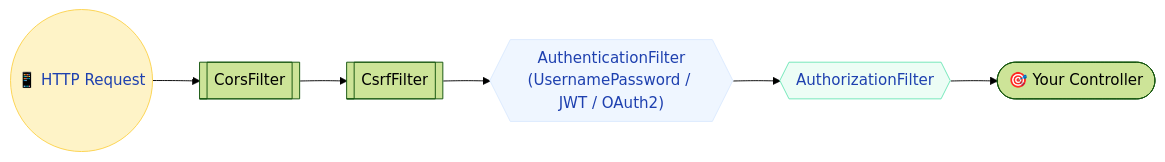
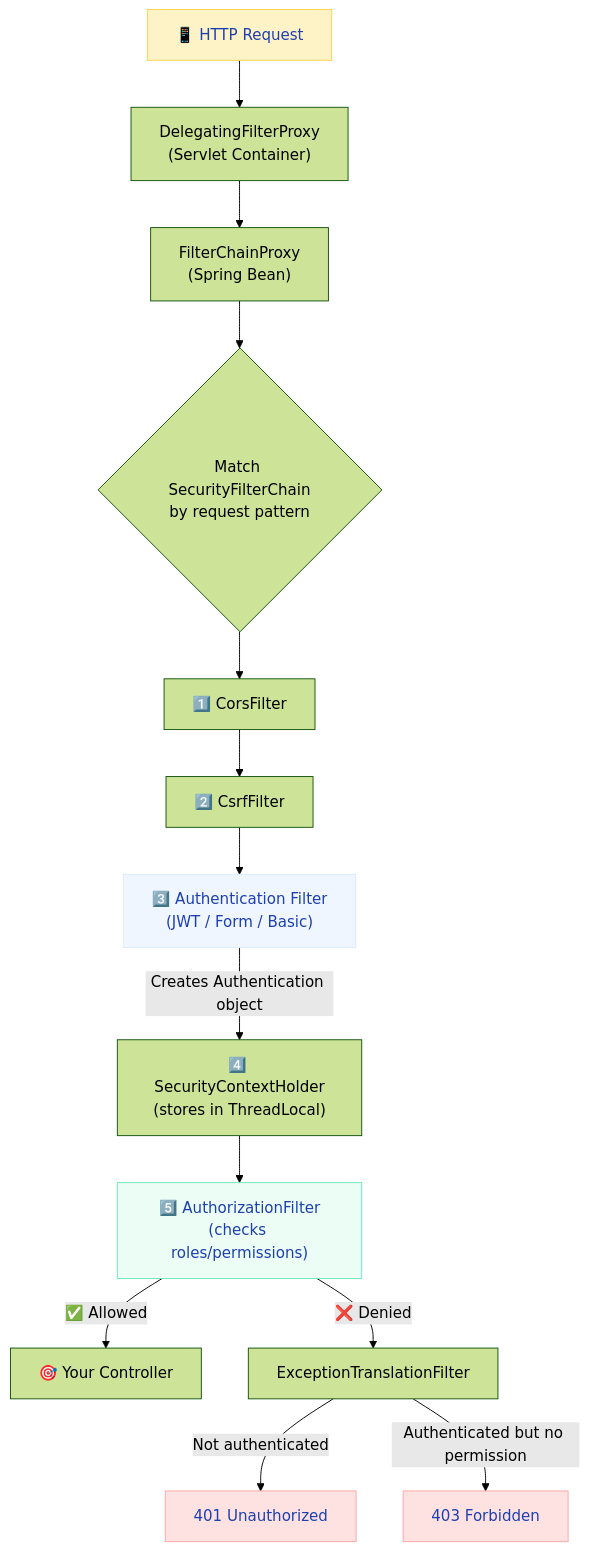
Before and after one commit to saivamsikaruturi/vamsilabs-dev-notes-main: the second of 4 diagrams in docs/springboot/security.md, drawn with Mermaid (forest theme). The commit also changed other lines of this file and 21 other files, not shown here.

````diff
--- a/docs/springboot/security.md
+++ b/docs/springboot/security.md
@@ -50,13 +220,21 @@
 ```mermaid
-flowchart LR
-    Req(("📱 HTTP Request"))
-    Req --> F1[["CorsFilter"]]
-    F1 --> F2[["CsrfFilter"]]
-    F2 --> F3{{"AuthenticationFilter<br/>(UsernamePassword / JWT / OAuth2)"}}
-    F3 --> F4{{"AuthorizationFilter"}}
-    F4 --> C(["🎯 Your Controller"])
+flowchart TD
+    REQ["📱 HTTP Request"] --> DFP["DelegatingFilterProxy<br/>(Servlet Container)"]
+    DFP --> FCP["FilterChainProxy<br/>(Spring Bean)"]
+    FCP --> MATCH{"Match SecurityFilterChain<br/>by request pattern"}
+    MATCH --> CORS["1️⃣ CorsFilter"]
+    CORS --> CSRF["2️⃣ CsrfFilter"]
+    CSRF --> AUTH["3️⃣ Authentication Filter<br/>(JWT / Form / Basic)"]
+    AUTH -->|"Creates Authentication object"| CTX["4️⃣ SecurityContextHolder<br/>(stores in ThreadLocal)"]
+    CTX --> AUTHZ["5️⃣ AuthorizationFilter<br/>(checks roles/permissions)"]
+    AUTHZ -->|"✅ Allowed"| CTRL["🎯 Your Controller"]
+    AUTHZ -->|"❌ Denied"| EXH["ExceptionTranslationFilter"]
+    EXH -->|"Not authenticated"| R401["401 Unauthorized"]
+    EXH -->|"Authenticated but no permission"| R403["403 Forbidden"]
 
-    style Req fill:#FEF3C7,stroke:#FCD34D,color:#1E40AF
-    style F3 fill:#EFF6FF,stroke:#DBEAFE,color:#1E40AF
-    style F4 fill:#ECFDF5,stroke:#6EE7B7,color:#1E40AF
+    style REQ fill:#FEF3C7,stroke:#FCD34D,color:#1E40AF
+    style AUTH fill:#EFF6FF,stroke:#DBEAFE,color:#1E40AF
+    style AUTHZ fill:#ECFDF5,stroke:#6EE7B7,color:#1E40AF
+    style R401 fill:#FEE2E2,stroke:#FCA5A5,color:#1E40AF
+    style R403 fill:#FEE2E2,stroke:#FCA5A5,color:#1E40AF
 ```
````
